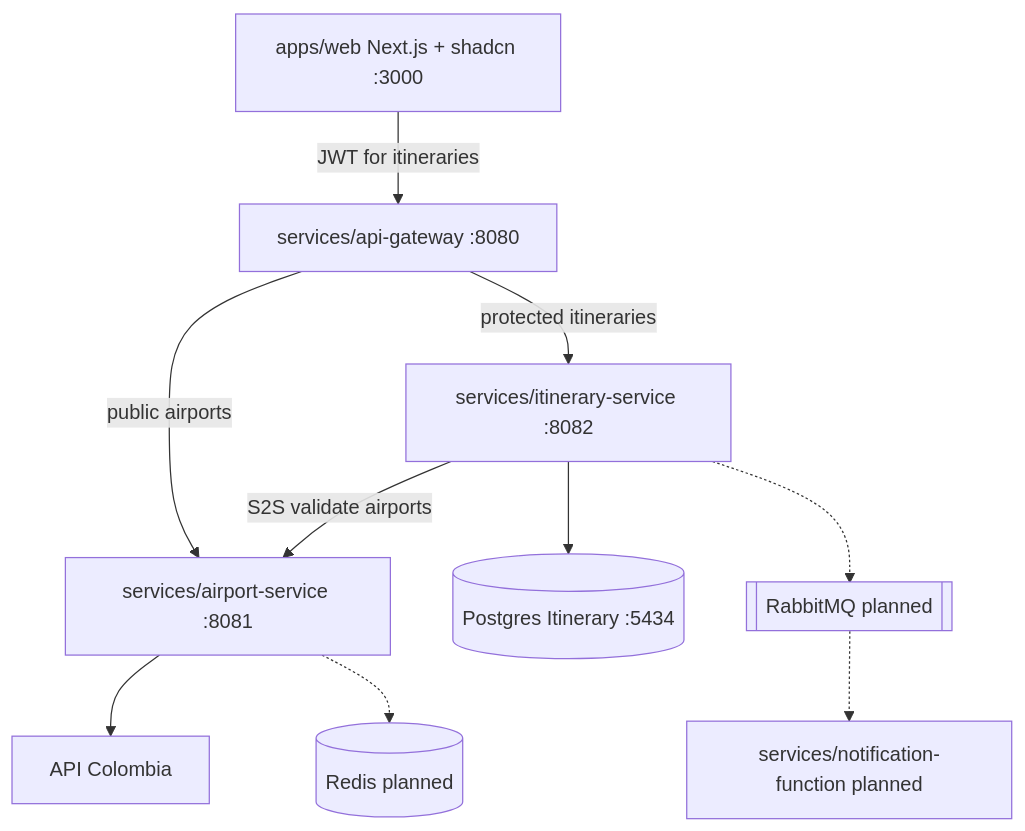
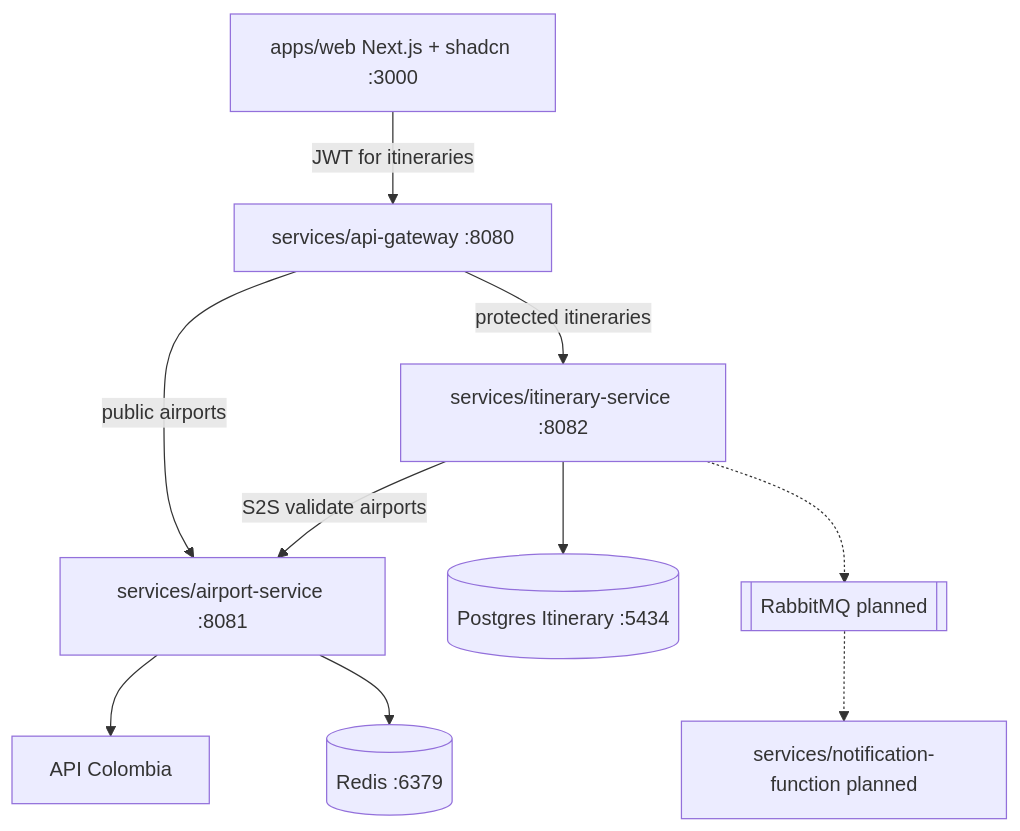
One commit to bue221/proyecto-arquitectura-software-emergente changed the diagram in docs/03-diagrams/components.md. Above: the diagram before and after it, drawn with Mermaid. The commit also changed other lines of this file and 28 other files, not shown here.

````diff
--- a/docs/03-diagrams/components.md
+++ b/docs/03-diagrams/components.md
@@ -3,22 +3,22 @@
 ```mermaid
 flowchart TB
   WEB[apps/web Next.js + shadcn :3000]
   GW[services/api-gateway :8080]
   AIR[services/airport-service :8081]
   ITI[services/itinerary-service :8082]
   NF[services/notification-function planned]
   PG2[(Postgres Itinerary :5434)]
-  REDIS[(Redis planned)]
+  REDIS[(Redis :6379)]
   RMQ[[RabbitMQ planned]]
   COL[API Colombia]
 
   WEB -->|JWT for itineraries| GW
   GW -->|public airports| AIR
   GW -->|protected itineraries| ITI
   ITI -->|S2S validate airports| AIR
   AIR --> COL
-  AIR -.-> REDIS
+  AIR --> REDIS
   ITI --> PG2
   ITI -.-> RMQ
   RMQ -.-> NF
 ```
````
